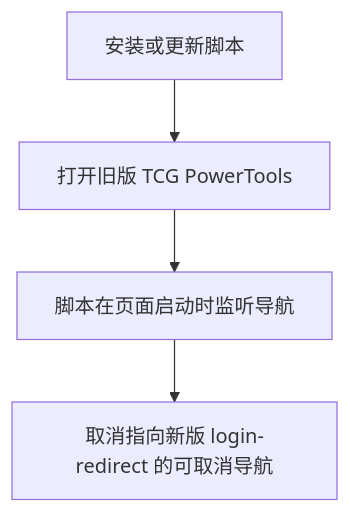
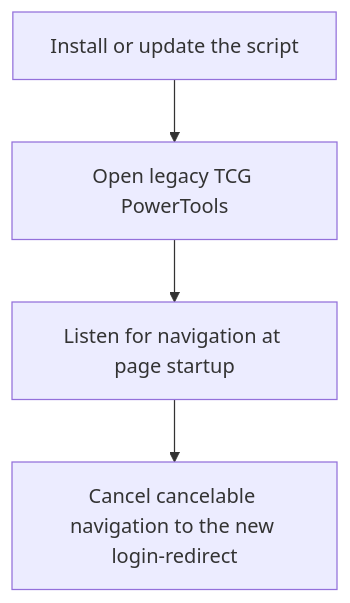
The diagram in tcgpowertools-block-redirect/README.md (tjx0726/P9_Tampermonkey), drawn with Mermaid before and after one commit. The commit also changed other lines of this file and 5 other files, not shown here.

````diff
--- a/tcgpowertools-block-redirect/README.md
+++ b/tcgpowertools-block-redirect/README.md
@@ -19,6 +21,6 @@
 ```mermaid
 flowchart TD
-    A[安装或更新脚本] --> B[打开旧版 TCG PowerTools]
-    B --> C[脚本在页面启动时监听导航]
-    C --> D[取消指向新版 login-redirect 的可取消导航]
+    A[Install or update the script] --> B[Open legacy TCG PowerTools]
+    B --> C[Listen for navigation at page startup]
+    C --> D[Cancel cancelable navigation to the new login-redirect]
 ```
````
